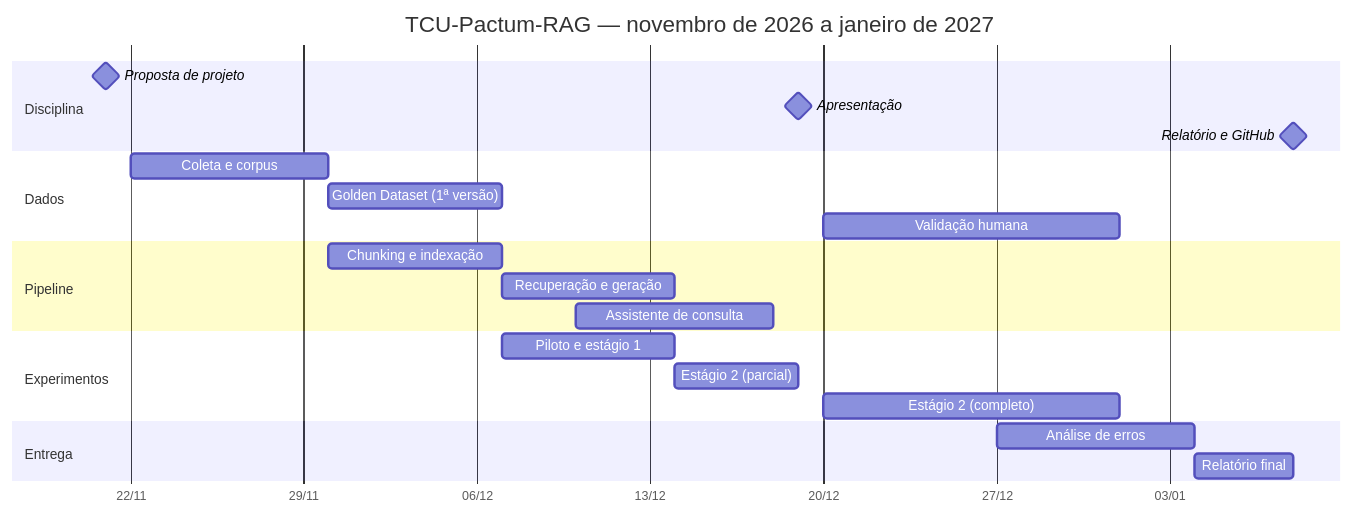
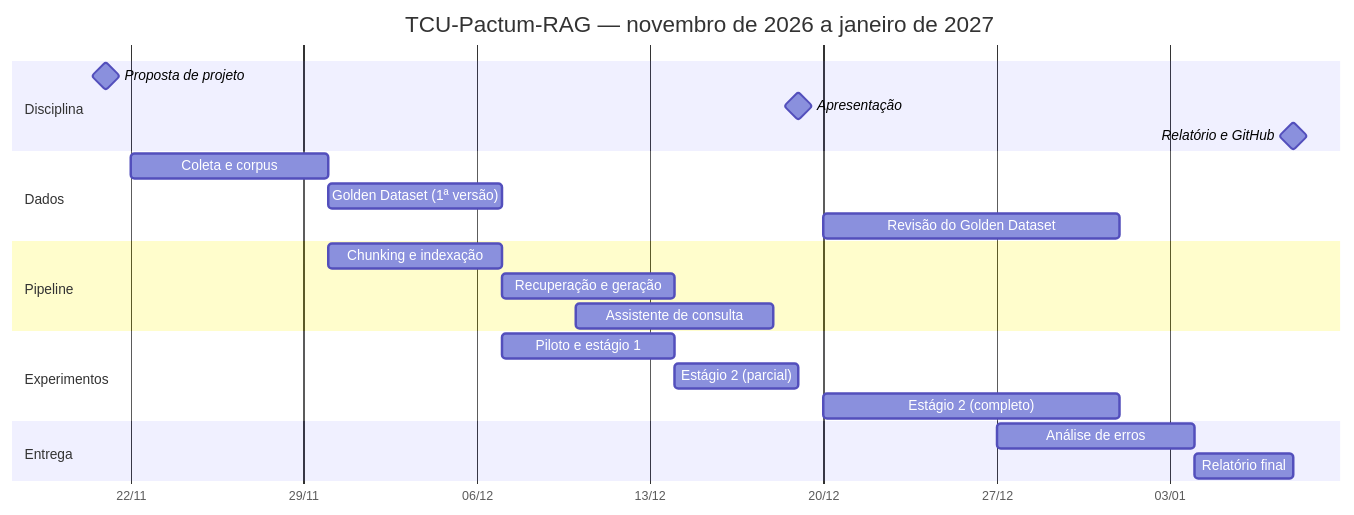
The fourth of 4 diagrams in README.md (primodeckers/tcu-pactum-rag), drawn with Mermaid before and after one commit. The commit also changed other lines of this file and 3 other files, not shown here.

````diff
--- a/README.md
+++ b/README.md
@@ -223,25 +226,25 @@
 ```mermaid
 gantt
     title TCU-Pactum-RAG — novembro de 2026 a janeiro de 2027
     dateFormat YYYY-MM-DD
     axisFormat %d/%m
     section Disciplina
     Proposta de projeto            :milestone, 2026-11-21, 0d
     Apresentação                   :milestone, 2026-12-19, 0d
     Relatório e GitHub             :milestone, 2027-01-08, 0d
     section Dados
     Coleta e corpus                :2026-11-22, 8d
     Golden Dataset (1ª versão)     :2026-11-30, 7d
-    Validação humana               :2026-12-20, 12d
+    Revisão do Golden Dataset      :2026-12-20, 12d
     section Pipeline
     Chunking e indexação           :2026-11-30, 7d
     Recuperação e geração          :2026-12-07, 7d
     Assistente de consulta         :2026-12-10, 8d
     section Experimentos
     Piloto e estágio 1             :2026-12-07, 7d
     Estágio 2 (parcial)            :2026-12-14, 5d
     Estágio 2 (completo)           :2026-12-20, 12d
     section Entrega
     Análise de erros               :2026-12-27, 8d
     Relatório final                :2027-01-04, 4d
 ```
````
